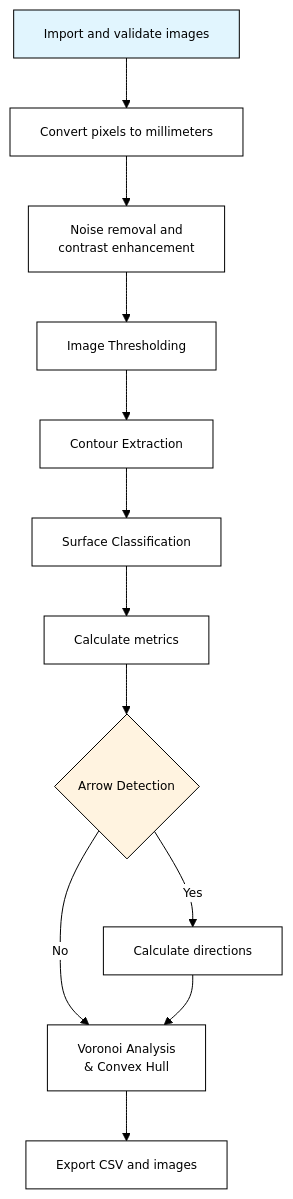
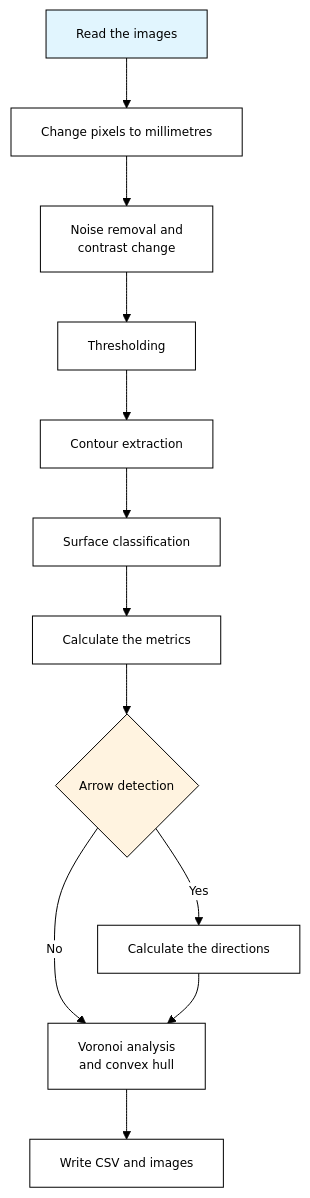
Before and after one commit to alan-turing-institute/Palaeoanalytics: the diagram in docs/user-guide/basic-usage.md, drawn with Mermaid. The commit also changed other lines of this file and 24 other files, not shown here.

````diff
--- a/docs/user-guide/basic-usage.md
+++ b/docs/user-guide/basic-usage.md
@@ -187,18 +274,18 @@
 ```mermaid
 %%{init: {'theme':'base', 'themeVariables': {'primaryColor': '#ffffff', 'primaryTextColor': '#000000', 'primaryBorderColor': '#000000', 'lineColor': '#000000', 'fontSize': '12px'}}}%%
 flowchart TD
-    A[Import and validate images] --> B[Convert pixels to millimeters]
-    B --> C[Noise removal and<br/>contrast enhancement]
-    C --> D[Image Thresholding]
-    D --> E[Contour Extraction]
-    E --> F[Surface Classification]
-    F --> G[Calculate metrics]
-    G --> H{Arrow Detection}
-    H -->|Yes| I[Calculate directions]
-    H -->|No| J[Voronoi Analysis<br/> & Convex Hull]
-    I --> J[Voronoi Analysis<br/> & Convex Hull]
-    J --> K[Export CSV and images]
+    A[Read the images] --> B[Change pixels to millimetres]
+    B --> C[Noise removal and<br/>contrast change]
+    C --> D[Thresholding]
+    D --> E[Contour extraction]
+    E --> F[Surface classification]
+    F --> G[Calculate the metrics]
+    G --> H{Arrow detection}
+    H -->|Yes| I[Calculate the directions]
+    H -->|No| J[Voronoi analysis<br/> and convex hull]
+    I --> J[Voronoi analysis<br/> and convex hull]
+    J --> K[Write CSV and images]
 
     style A fill:#e1f5fe
     style H fill:#fff3e0
 ```
````
